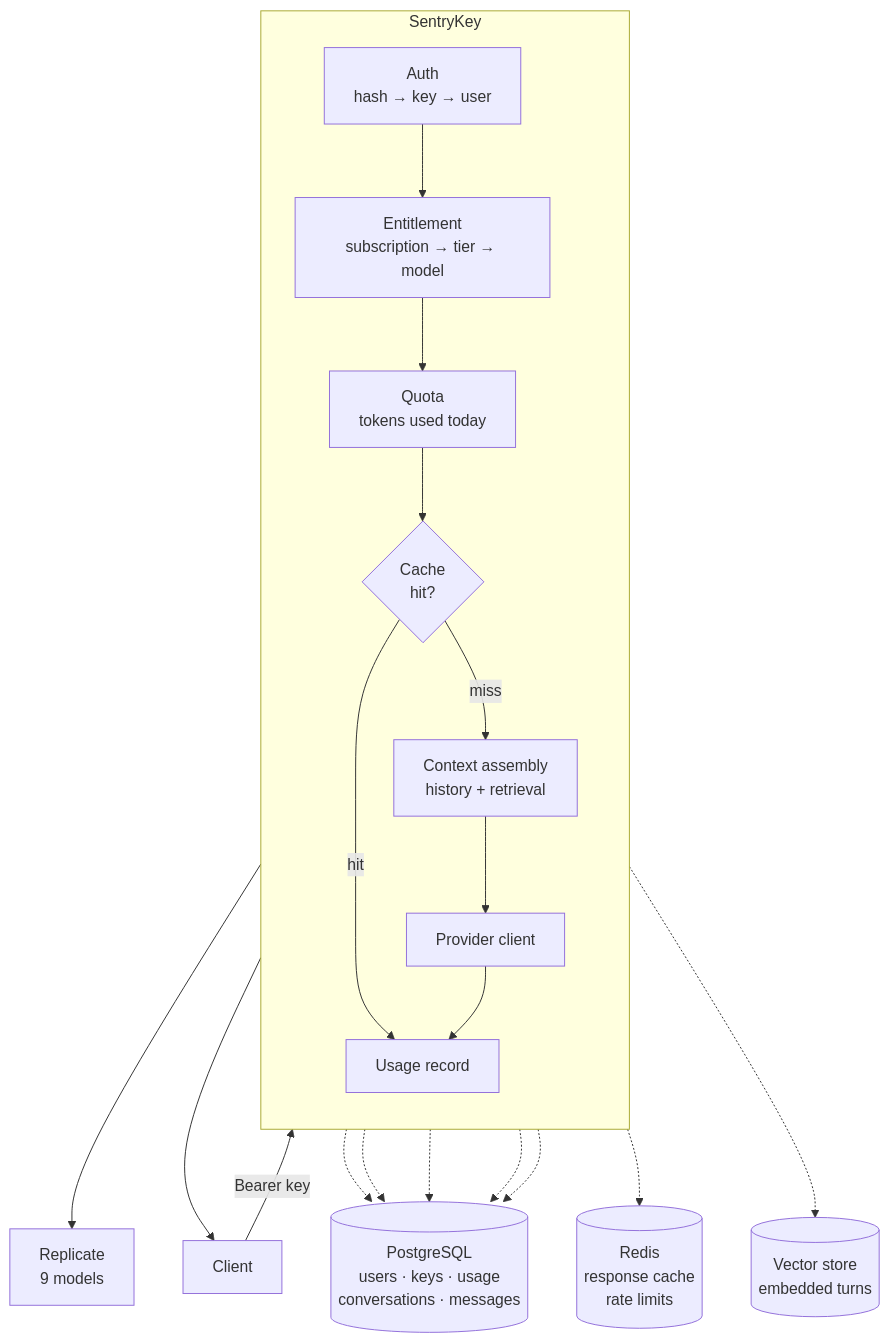
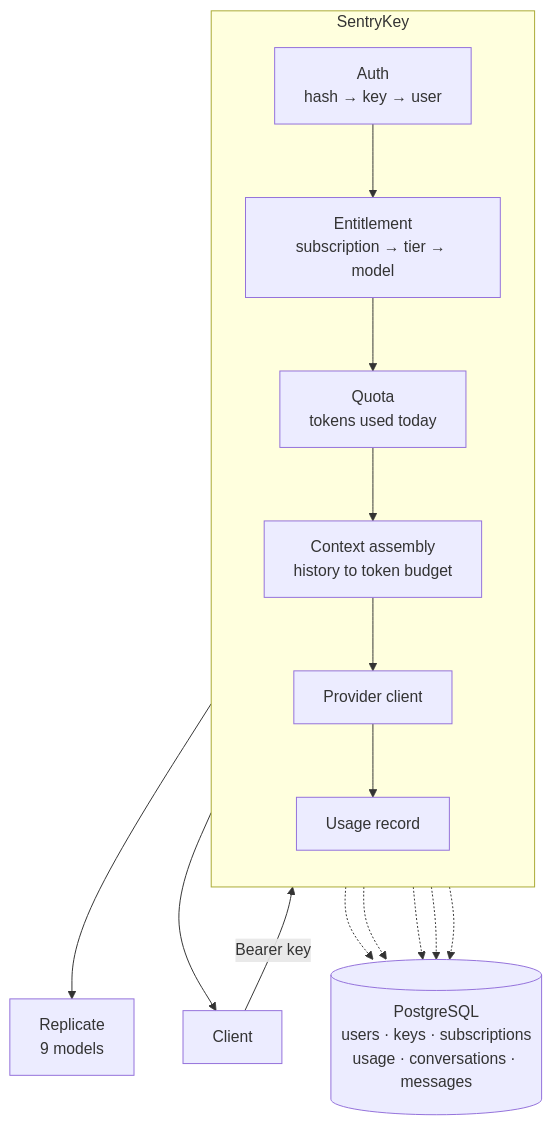
Before and after one commit to goutham-226/SentryKey: the diagram in README.md, drawn with Mermaid. The commit also changed other lines of this file, not shown here.

````diff
--- a/README.md
+++ b/README.md
@@ -49,33 +51,26 @@
 ```mermaid
 flowchart TB
     C[Client]
 
     subgraph GW["SentryKey"]
         direction TB
         AUTH["Auth<br/>hash → key → user"]
         ENT["Entitlement<br/>subscription → tier → model"]
         QUOTA["Quota<br/>tokens used today"]
-        CACHE{"Cache<br/>hit?"}
-        CTX["Context assembly<br/>history + retrieval"]
+        CTX["Context assembly<br/>history to token budget"]
         PROV["Provider client"]
         METER["Usage record"]
     end
 
-    PG[("PostgreSQL<br/>users · keys · usage<br/>conversations · messages")]
-    RD[("Redis<br/>response cache<br/>rate limits")]
-    VDB[("Vector store<br/>embedded turns")]
+    PG[("PostgreSQL<br/>users · keys · subscriptions<br/>usage · conversations · messages")]
     UP["Replicate<br/>9 models"]
 
-    C -->|Bearer key| AUTH --> ENT --> QUOTA --> CACHE
-    CACHE -->|hit| METER
-    CACHE -->|miss| CTX --> PROV --> UP
+    C -->|Bearer key| AUTH --> ENT --> QUOTA --> CTX --> PROV --> UP
     PROV --> METER --> C
 
     AUTH -.-> PG
     ENT -.-> PG
     QUOTA -.-> PG
-    CACHE -.-> RD
     CTX -.-> PG
-    CTX -.-> VDB
     METER -.-> PG
 ```
````
